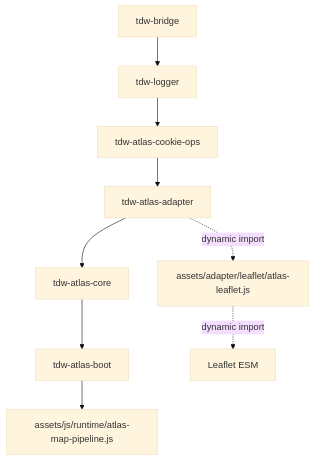
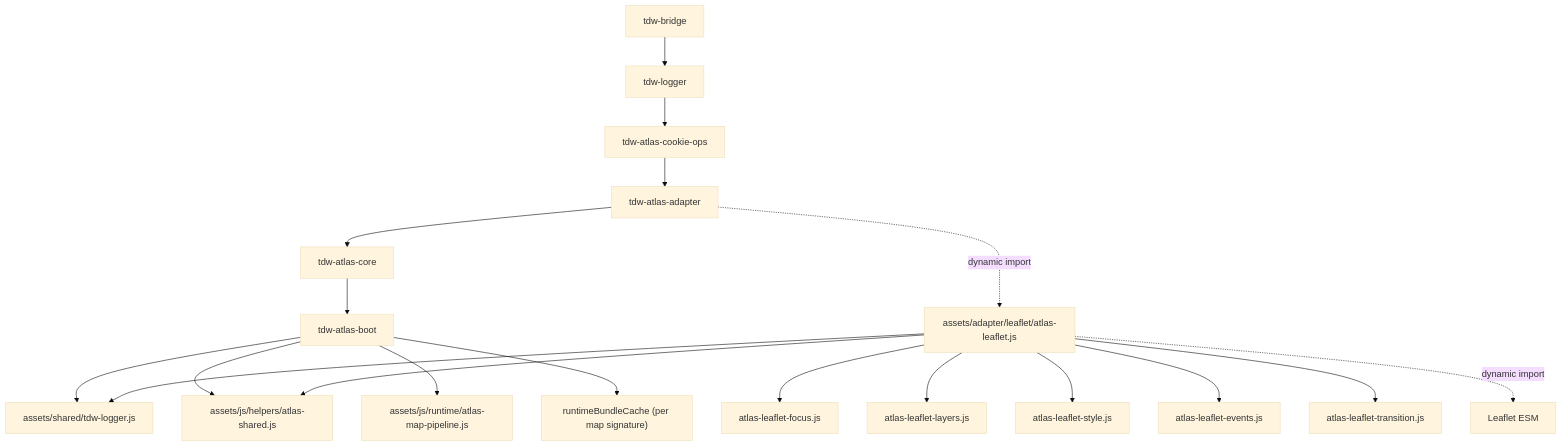
One commit to Exc3pti0n123/tdw-atlas-engine changed the diagram in docs/diagrams/module-dependencies.md. Above: the diagram before and after it, drawn with Mermaid (base theme). The commit also changed 28 other files, not shown here.

First line of the commit message:
release(0.2.0-alpha3): runtime refactor stabilisiert, globales logger-pattern finalisiert

````diff
--- a/docs/diagrams/module-dependencies.md
+++ b/docs/diagrams/module-dependencies.md
@@ -3,11 +3,21 @@
 ```mermaid
 flowchart TD
   M1["tdw-bridge"] --> M2["tdw-logger"]
   M2 --> M3["tdw-atlas-cookie-ops"]
   M3 --> M4["tdw-atlas-adapter"]
   M4 --> M5["tdw-atlas-core"]
   M5 --> M6["tdw-atlas-boot"]
+  M6 --> H1["assets/shared/tdw-logger.js"]
+  M6 --> H2["assets/js/helpers/atlas-shared.js"]
   M6 --> P1["assets/js/runtime/atlas-map-pipeline.js"]
+  M6 --> C1["runtimeBundleCache (per map signature)"]
   M4 -."dynamic import".-> A1["assets/adapter/leaflet/atlas-leaflet.js"]
+  A1 --> H1
+  A1 --> H2
+  A1 --> A2["atlas-leaflet-focus.js"]
+  A1 --> A3["atlas-leaflet-layers.js"]
+  A1 --> A4["atlas-leaflet-style.js"]
+  A1 --> A5["atlas-leaflet-events.js"]
+  A1 --> A6["atlas-leaflet-transition.js"]
   A1 -."dynamic import".-> V1["Leaflet ESM"]
 ```
````
